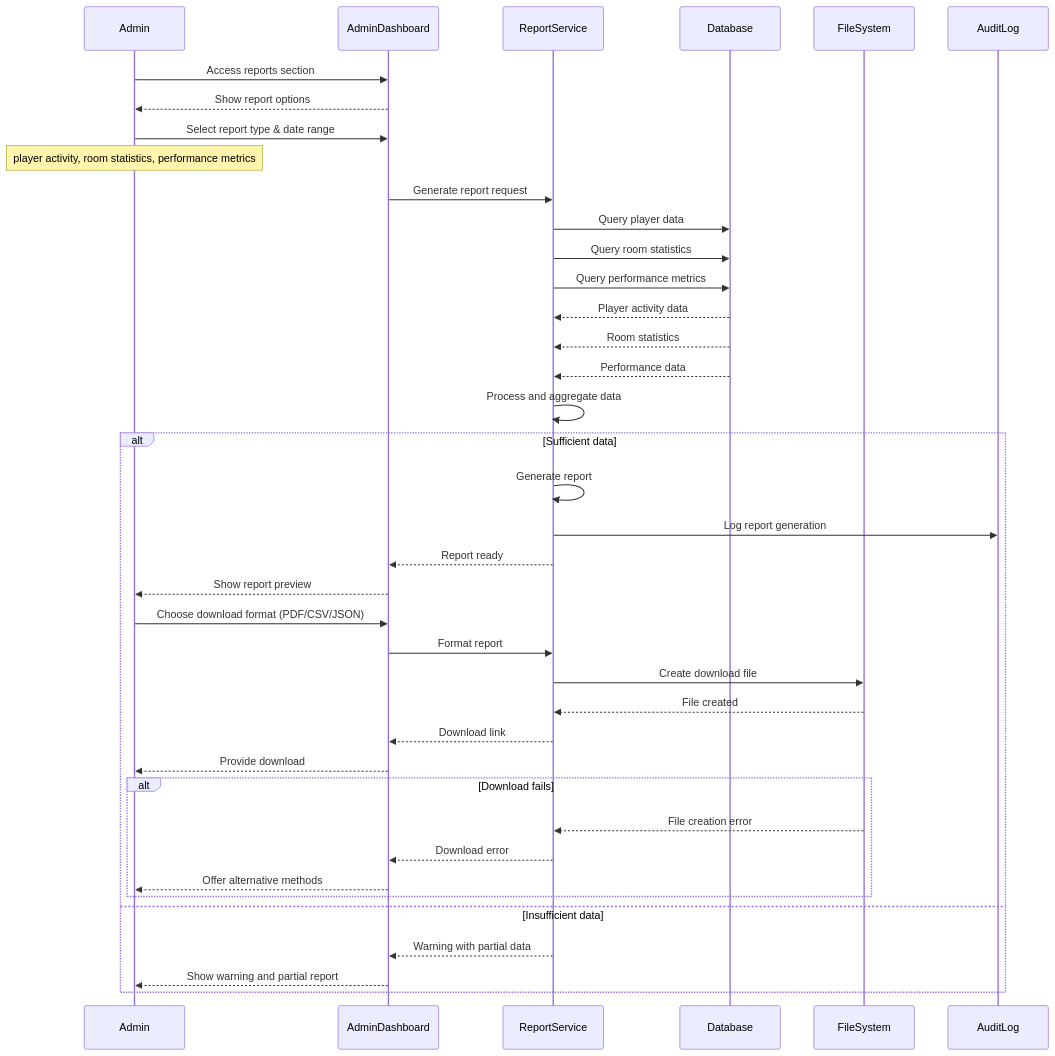
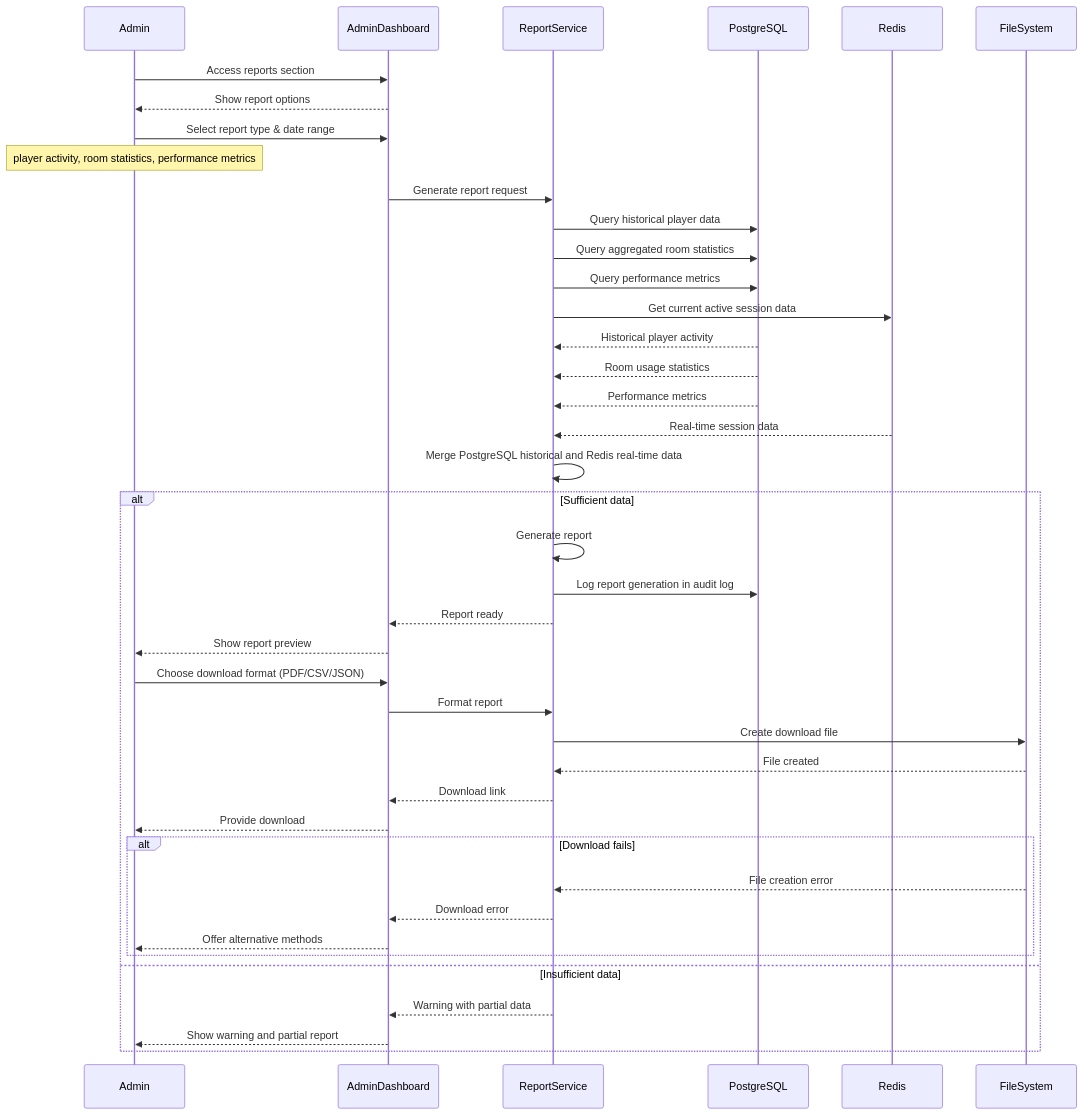
The diagram in docs/sequence-diagrams/admin/uc-a005-generate-reports.md (alexmakeev/bomberman), drawn with Mermaid before and after one commit. The commit also changed 25 other files, not shown here.

First line of the commit message:
Implement unified event system architecture for maximum code reuse

````diff
--- a/docs/sequence-diagrams/admin/uc-a005-generate-reports.md
+++ b/docs/sequence-diagrams/admin/uc-a005-generate-reports.md
@@ -3,48 +3,50 @@
 ```mermaid
 sequenceDiagram
     participant Admin
     participant AdminDashboard
     participant ReportService
-    participant Database
+    participant PostgreSQL
+    participant Redis
     participant FileSystem
-    participant AuditLog
 
     Admin->>AdminDashboard: Access reports section
     AdminDashboard-->>Admin: Show report options
     Admin->>AdminDashboard: Select report type & date range
     Note over Admin: player activity, room statistics, performance metrics
     
     AdminDashboard->>ReportService: Generate report request
-    ReportService->>Database: Query player data
-    ReportService->>Database: Query room statistics
-    ReportService->>Database: Query performance metrics
+    ReportService->>PostgreSQL: Query historical player data
+    ReportService->>PostgreSQL: Query aggregated room statistics
+    ReportService->>PostgreSQL: Query performance metrics
+    ReportService->>Redis: Get current active session data
     
-    Database-->>ReportService: Player activity data
-    Database-->>ReportService: Room statistics
-    Database-->>ReportService: Performance data
+    PostgreSQL-->>ReportService: Historical player activity
+    PostgreSQL-->>ReportService: Room usage statistics
+    PostgreSQL-->>ReportService: Performance metrics
+    Redis-->>ReportService: Real-time session data
     
-    ReportService->>ReportService: Process and aggregate data
+    ReportService->>ReportService: Merge PostgreSQL historical and Redis real-time data
     
     alt Sufficient data
         ReportService->>ReportService: Generate report
-        ReportService->>AuditLog: Log report generation
+        ReportService->>PostgreSQL: Log report generation in audit log
         ReportService-->>AdminDashboard: Report ready
         AdminDashboard-->>Admin: Show report preview
         
         Admin->>AdminDashboard: Choose download format (PDF/CSV/JSON)
         AdminDashboard->>ReportService: Format report
         ReportService->>FileSystem: Create download file
         FileSystem-->>ReportService: File created
         ReportService-->>AdminDashboard: Download link
         AdminDashboard-->>Admin: Provide download
         
         alt Download fails
             FileSystem-->>ReportService: File creation error
             ReportService-->>AdminDashboard: Download error
             AdminDashboard-->>Admin: Offer alternative methods
         end
     else Insufficient data
         ReportService-->>AdminDashboard: Warning with partial data
         AdminDashboard-->>Admin: Show warning and partial report
     end
 ```
````
